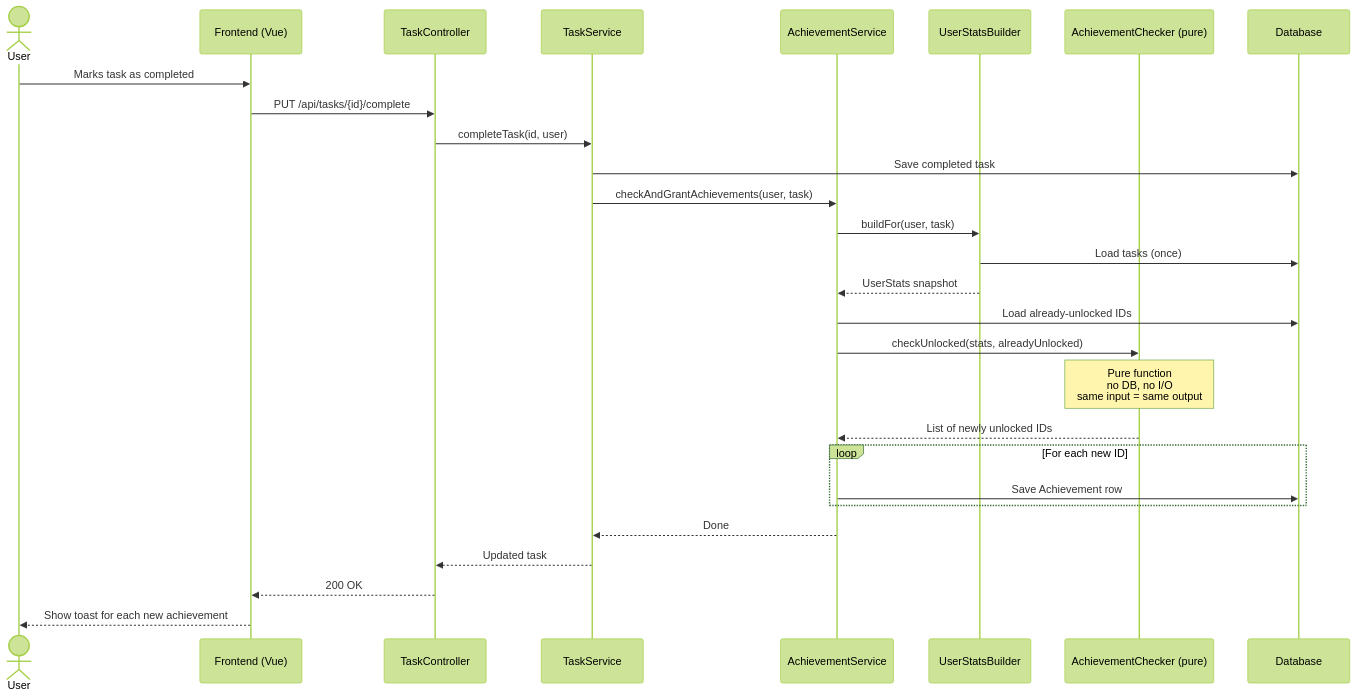
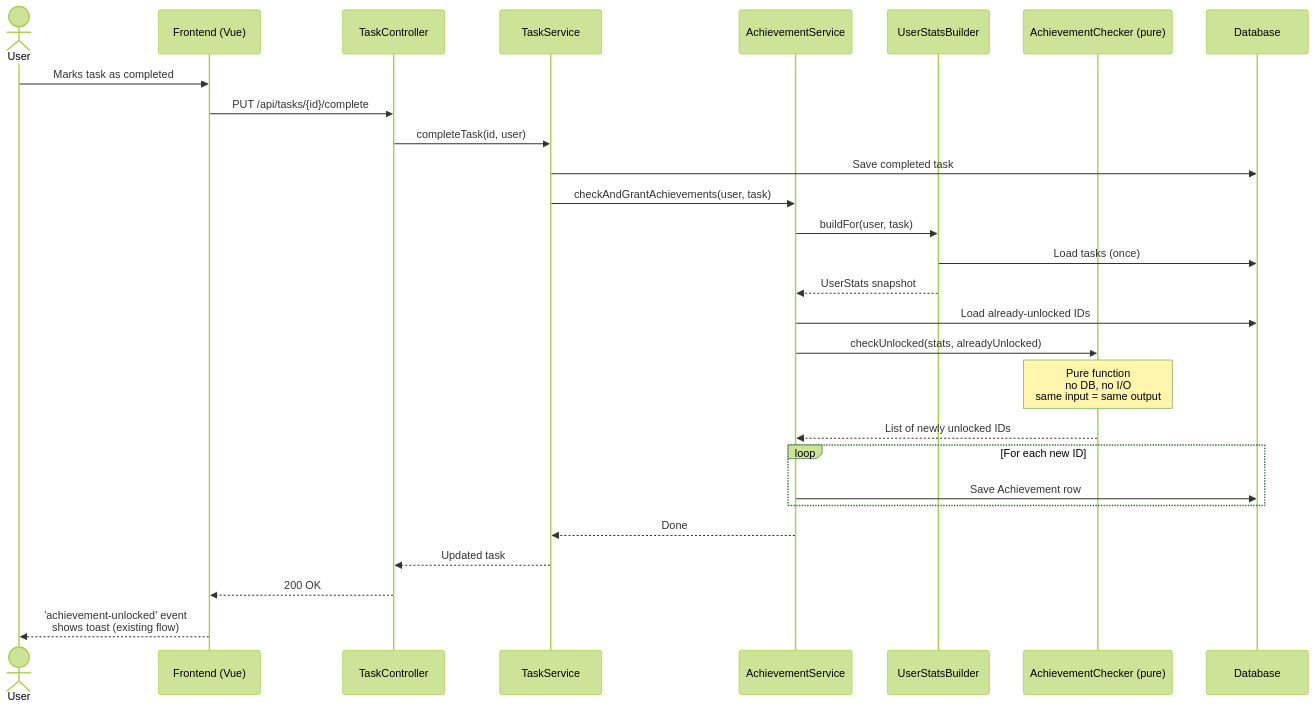
One commit to sokoluk-andrey/tsi-software-engineering changed the first of 3 diagrams in docs/architecture/flow_achievement_unlock.md. Above: the diagram before and after it, drawn with Mermaid (forest theme). The commit also changed other lines of this file, not shown here.

````diff
--- a/docs/architecture/flow_achievement_unlock.md
+++ b/docs/architecture/flow_achievement_unlock.md
@@ -9,31 +9,31 @@
 ```mermaid
 sequenceDiagram
     actor User
     participant FE as Frontend (Vue)
     participant API as TaskController
     participant TS as TaskService
     participant AS as AchievementService
     participant USB as UserStatsBuilder
     participant CHK as AchievementChecker (pure)
     participant DB as Database
 
     User->>FE: Marks task as completed
     FE->>API: PUT /api/tasks/{id}/complete
     API->>TS: completeTask(id, user)
     TS->>DB: Save completed task
     TS->>AS: checkAndGrantAchievements(user, task)
     AS->>USB: buildFor(user, task)
     USB->>DB: Load tasks (once)
     USB-->>AS: UserStats snapshot
     AS->>DB: Load already-unlocked IDs
     AS->>CHK: checkUnlocked(stats, alreadyUnlocked)
     Note over CHK: Pure function<br/>no DB, no I/O<br/>same input = same output
     CHK-->>AS: List of newly unlocked IDs
     loop For each new ID
         AS->>DB: Save Achievement row
     end
     AS-->>TS: Done
     TS-->>API: Updated task
     API-->>FE: 200 OK
-    FE-->>User: Show toast for each new achievement
+    FE-->>User: 'achievement-unlocked' event<br/>shows toast (existing flow)
 ```
````
